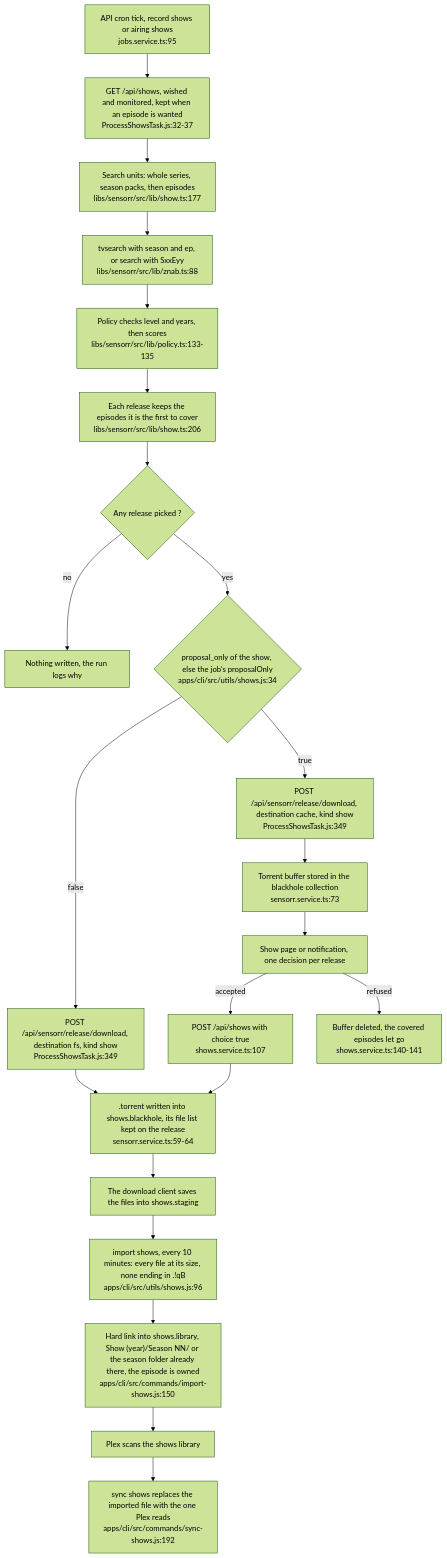
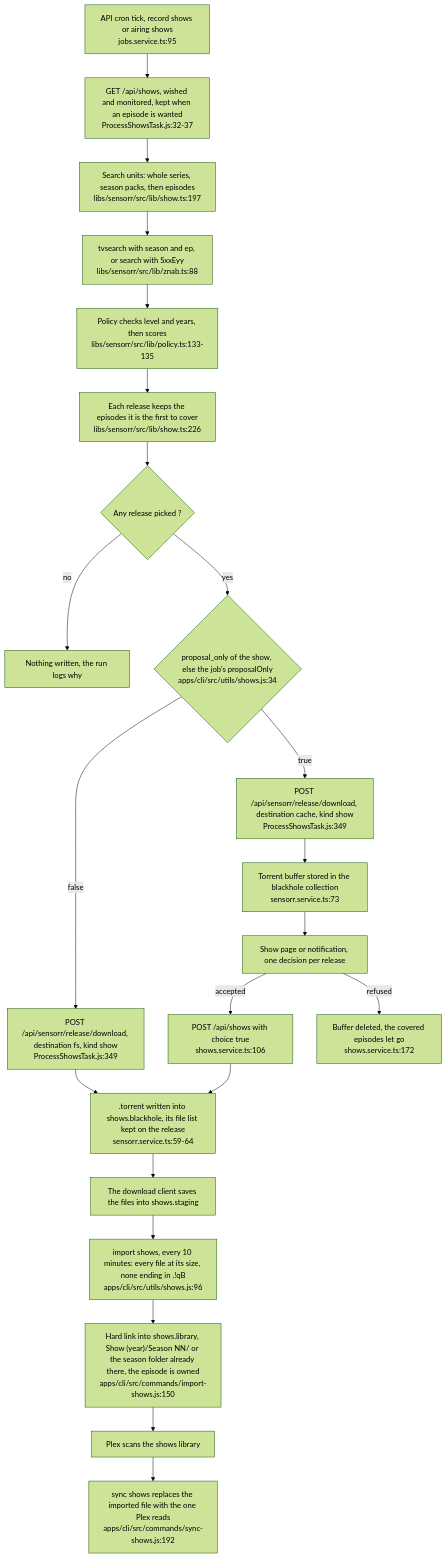
One commit to thcolin/sensorr changed the second of 2 diagrams in docs/architecture.md. Above: the diagram before and after it, drawn with Mermaid (forest theme). The commit also changed other lines of this file and 8 other files, not shown here.

First line of the commit message:
fix(tvshows): post a manual pick alone and keep its search off the follow

````diff
--- a/docs/architecture.md
+++ b/docs/architecture.md
@@ -144,31 +144,31 @@
 ```mermaid
 flowchart TD
   cron["API cron tick, record shows or airing shows<br/>jobs.service.ts:95"] --> fetch
   fetch["GET /api/shows, wished and monitored, kept when an episode is wanted<br/>ProcessShowsTask.js:32-37"] --> units
-  units["Search units: whole series, season packs, then episodes<br/>libs/sensorr/src/lib/show.ts:177"] --> search
+  units["Search units: whole series, season packs, then episodes<br/>libs/sensorr/src/lib/show.ts:197"] --> search
   search["tvsearch with season and ep, or search with SxxEyy<br/>libs/sensorr/src/lib/znab.ts:88"] --> policy
   policy["Policy checks level and years, then scores<br/>libs/sensorr/src/lib/policy.ts:133-135"] --> pick
-  pick["Each release keeps the episodes it is the first to cover<br/>libs/sensorr/src/lib/show.ts:206"] --> picked
+  pick["Each release keeps the episodes it is the first to cover<br/>libs/sensorr/src/lib/show.ts:226"] --> picked
 
   picked{"Any release picked ?"}
   picked -->|no| stop["Nothing written, the run logs why"]
   picked -->|yes| branch
 
   branch{"proposal_only of the show, else the job's proposalOnly<br/>apps/cli/src/utils/shows.js:34"}
   branch -->|false| dlfs["POST /api/sensorr/release/download, destination fs, kind show<br/>ProcessShowsTask.js:349"]
   branch -->|true| dlcache["POST /api/sensorr/release/download, destination cache, kind show<br/>ProcessShowsTask.js:349"]
 
   dlfs --> blackhole[".torrent written into shows.blackhole, its file list kept on the release<br/>sensorr.service.ts:59-64"]
   dlcache --> cached["Torrent buffer stored in the blackhole collection<br/>sensorr.service.ts:73"]
 
   cached --> review["Show page or notification, one decision per release"]
-  review -->|accepted| accept["POST /api/shows with choice true<br/>shows.service.ts:107"]
-  review -->|refused| refuse["Buffer deleted, the covered episodes let go<br/>shows.service.ts:140-141"]
+  review -->|accepted| accept["POST /api/shows with choice true<br/>shows.service.ts:106"]
+  review -->|refused| refuse["Buffer deleted, the covered episodes let go<br/>shows.service.ts:172"]
   accept --> blackhole
 
   blackhole --> client["The download client saves the files into shows.staging"]
   client --> import["import shows, every 10 minutes: every file at its size, none ending in .!qB<br/>apps/cli/src/utils/shows.js:96"]
   import --> link["Hard link into shows.library, Show (year)/Season NN/ or the season folder already there, the episode is owned<br/>apps/cli/src/commands/import-shows.js:150"]
   link --> plex["Plex scans the shows library"]
   plex --> sync["sync shows replaces the imported file with the one Plex reads<br/>apps/cli/src/commands/sync-shows.js:192"]
 ```
````
